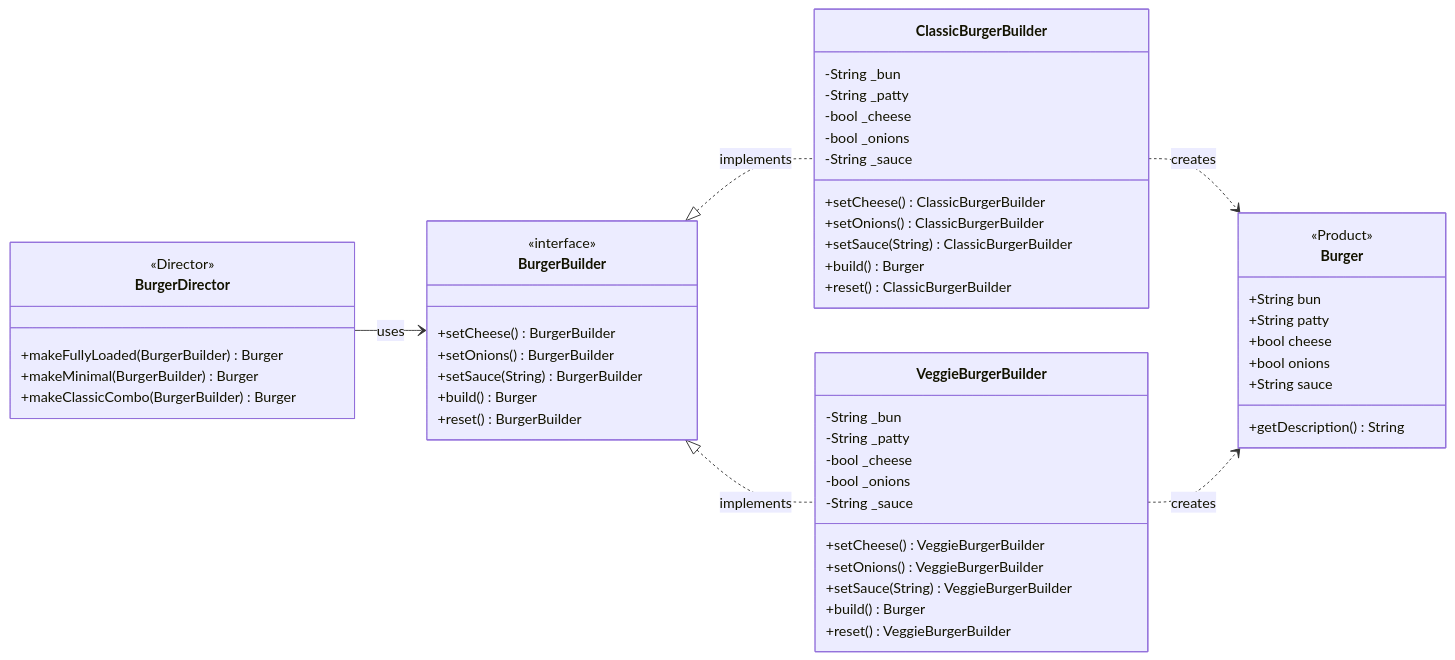
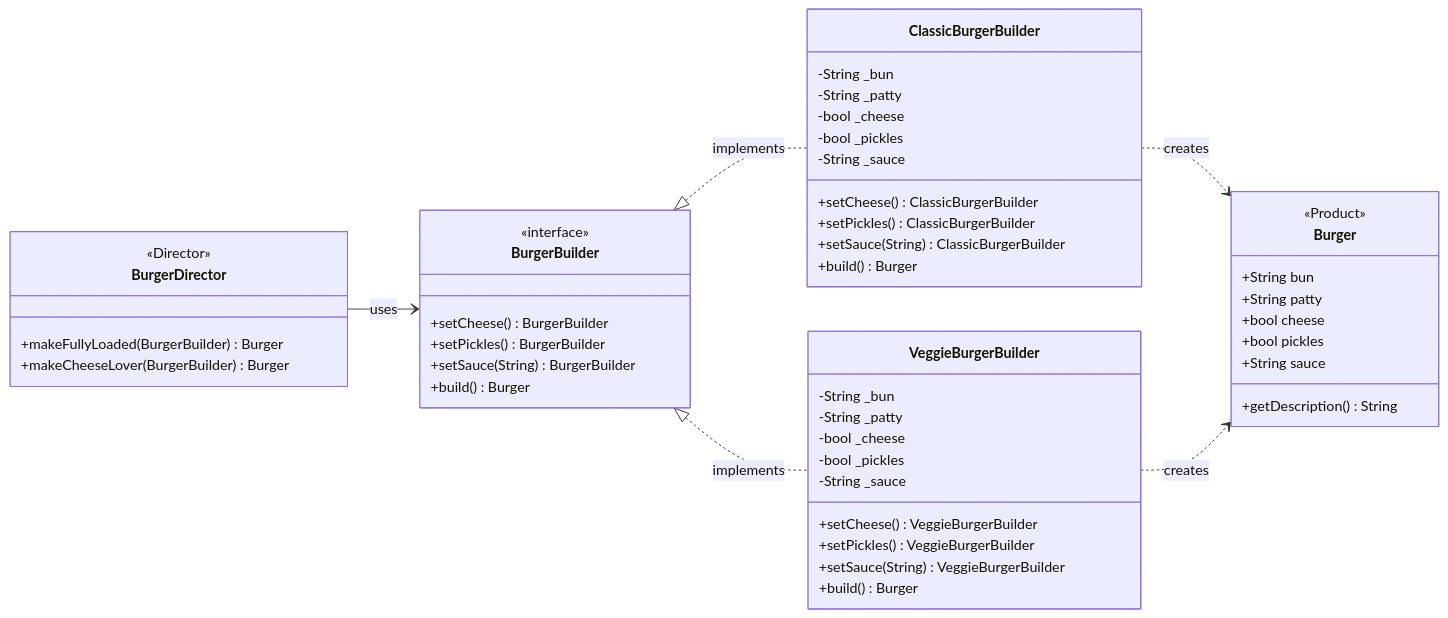
The diagram in Docs/class_diagram.md (Bachelor-MMB7/builder-pattern-demo), drawn with Mermaid before and after one commit. The commit also changed 8 other files, not shown here.

Commit message:
Refactor Burger Builder: replace onions with pickles in builder methods and update related class diagram

````diff
--- a/Docs/class_diagram.md
+++ b/Docs/class_diagram.md
@@ -1,62 +1,58 @@
 ```mermaid
 classDiagram
     direction LR
 
     class BurgerBuilder {
         <<interface>>
         +setCheese() BurgerBuilder
-        +setOnions() BurgerBuilder
+        +setPickles() BurgerBuilder
         +setSauce(String) BurgerBuilder
         +build() Burger
-        +reset() BurgerBuilder
     }
 
     class ClassicBurgerBuilder {
         -String _bun
         -String _patty
         -bool _cheese
-        -bool _onions
+        -bool _pickles
         -String _sauce
         +setCheese() ClassicBurgerBuilder
-        +setOnions() ClassicBurgerBuilder
+        +setPickles() ClassicBurgerBuilder
         +setSauce(String) ClassicBurgerBuilder
         +build() Burger
-        +reset() ClassicBurgerBuilder
     }
 
     class VeggieBurgerBuilder {
         -String _bun
         -String _patty
         -bool _cheese
-        -bool _onions
+        -bool _pickles
         -String _sauce
         +setCheese() VeggieBurgerBuilder
-        +setOnions() VeggieBurgerBuilder
+        +setPickles() VeggieBurgerBuilder
         +setSauce(String) VeggieBurgerBuilder
         +build() Burger
-        +reset() VeggieBurgerBuilder
     }
 
     class Burger {
         <<Product>>
         +String bun
         +String patty
         +bool cheese
-        +bool onions
+        +bool pickles
         +String sauce
         +getDescription() String
     }
 
     class BurgerDirector {
         <<Director>>
         +makeFullyLoaded(BurgerBuilder) Burger
-        +makeMinimal(BurgerBuilder) Burger
-        +makeClassicCombo(BurgerBuilder) Burger
+        +makeCheeseLover(BurgerBuilder) Burger
     }
 
     BurgerBuilder <|.. ClassicBurgerBuilder : implements
     BurgerBuilder <|.. VeggieBurgerBuilder : implements
     ClassicBurgerBuilder ..> Burger : creates
     VeggieBurgerBuilder ..> Burger : creates
     BurgerDirector --> BurgerBuilder : uses
 ```
````
